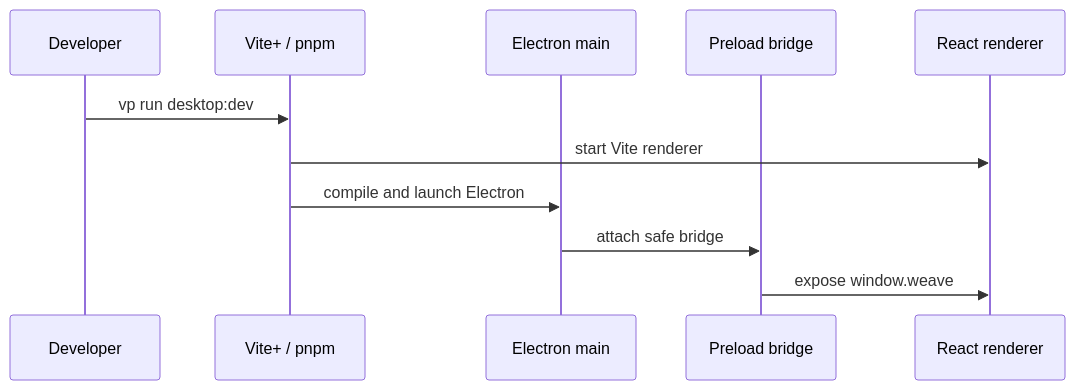
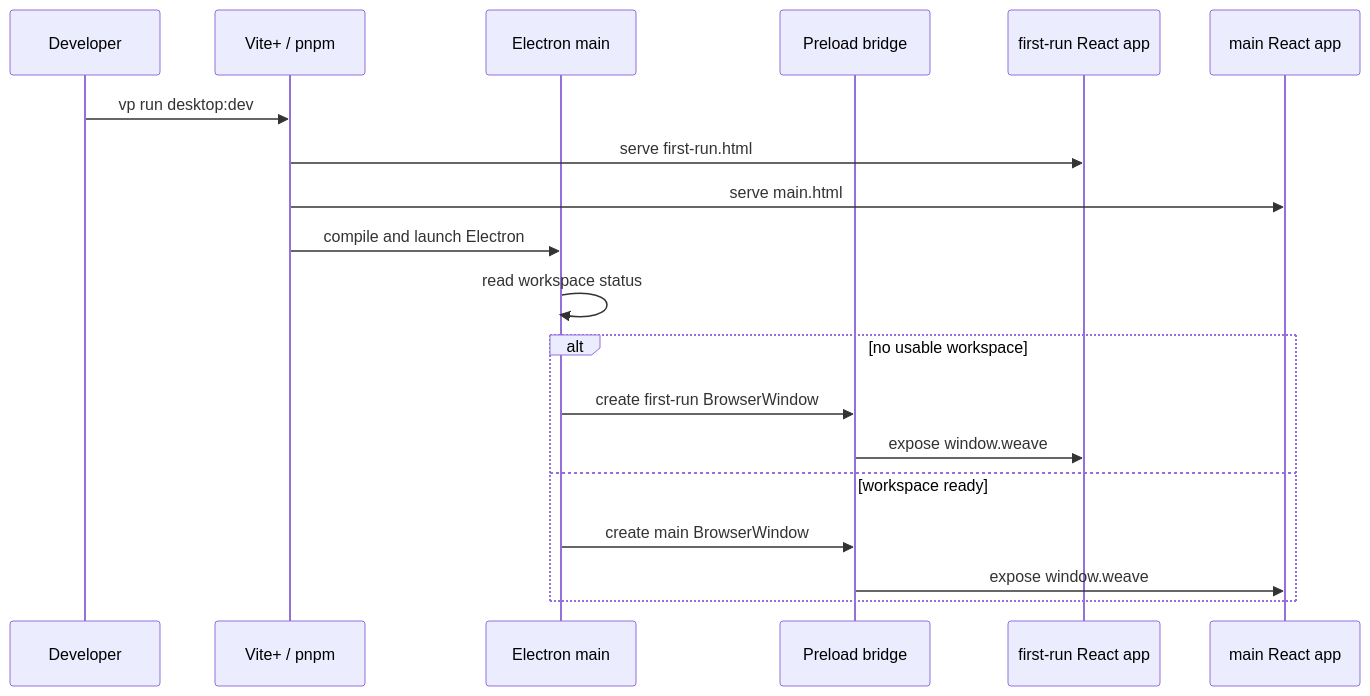
Before and after one commit to deweyou/weave: the second of 2 diagrams in docs/project-structure.md, drawn with Mermaid. The commit also changed other lines of this file and 37 other files, not shown here.

Commit message:
feat: add first-run onboarding shell

````diff
--- a/docs/project-structure.md
+++ b/docs/project-structure.md
@@ -43,14 +46,22 @@
 ```mermaid
 sequenceDiagram
     participant Dev as Developer
     participant VP as Vite+ / pnpm
     participant Main as Electron main
     participant Preload as Preload bridge
-    participant UI as React renderer
+    participant FirstRun as first-run React app
+    participant MainUI as main React app
 
     Dev->>VP: vp run desktop:dev
-    VP->>UI: start Vite renderer
+    VP->>FirstRun: serve first-run.html
+    VP->>MainUI: serve main.html
     VP->>Main: compile and launch Electron
-    Main->>Preload: attach safe bridge
-    Preload->>UI: expose window.weave
+    Main->>Main: read workspace status
+    alt no usable workspace
+        Main->>Preload: create first-run BrowserWindow
+        Preload->>FirstRun: expose window.weave
+    else workspace ready
+        Main->>Preload: create main BrowserWindow
+        Preload->>MainUI: expose window.weave
+    end
 ```
````
